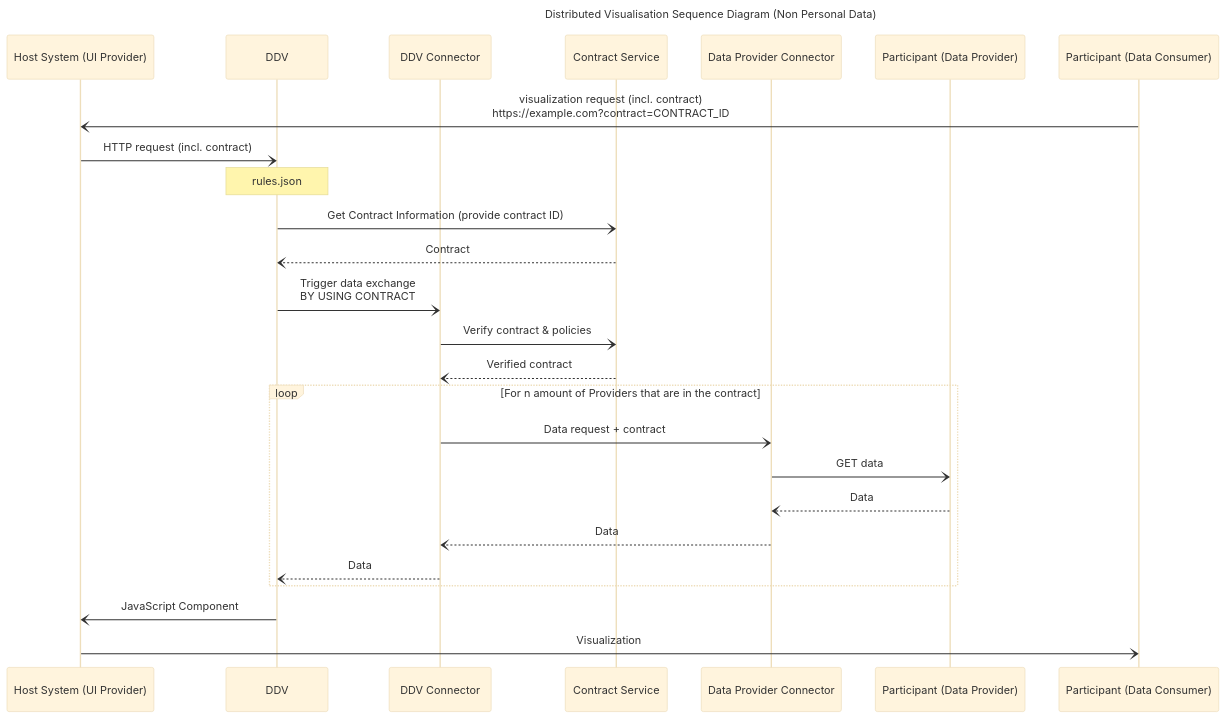
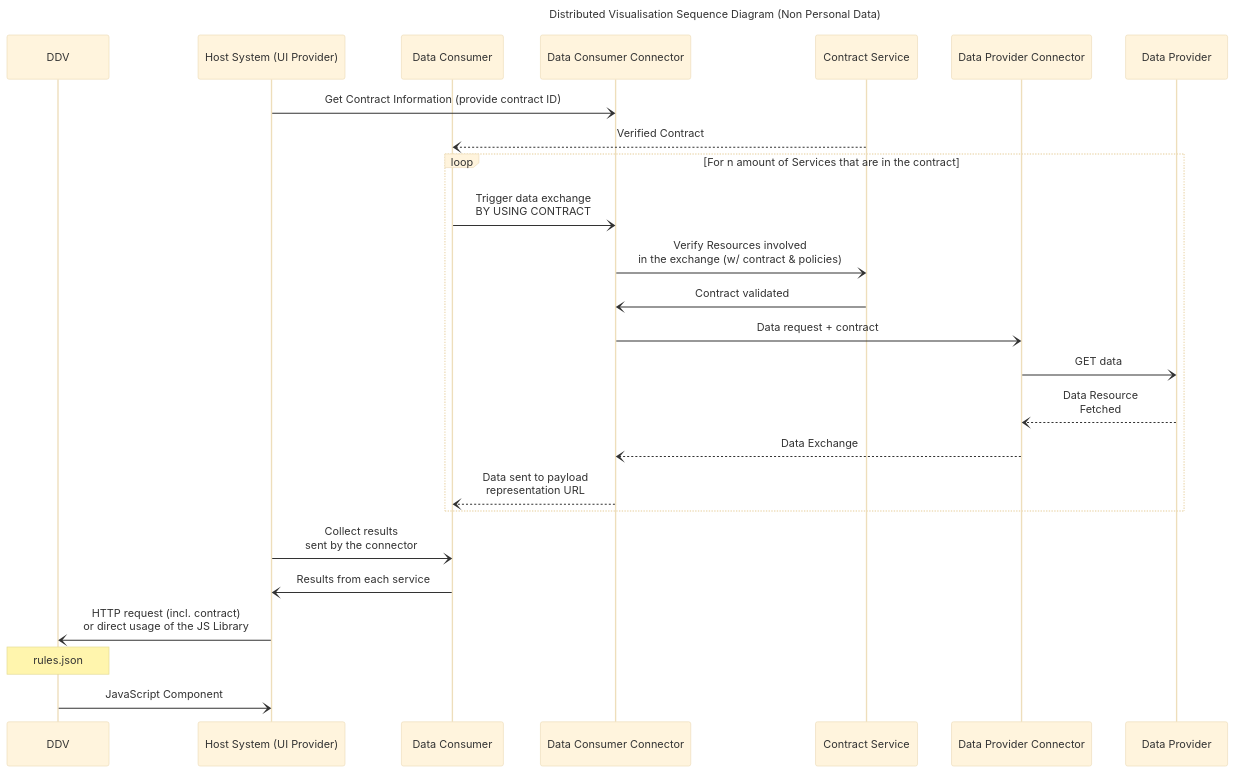
Before and after one commit to azapat/distributed-datavis: the second of 3 diagrams in docs/design-document.md, drawn with Mermaid (base theme). The commit also changed other lines of this file and 15 other files, not shown here.

````diff
--- a/docs/design-document.md
+++ b/docs/design-document.md
@@ -307,34 +248,36 @@
 ```mermaid
 ---
 title: Distributed Visualisation Sequence Diagram (Non Personal Data)
 ---
 
 sequenceDiagram
+    participant ddv as DDV
     participant host as Host System (UI Provider)
-    participant ddv as DDV
-    participant ddvcon as DDV Connector
+    participant dc as Data Consumer
+    participant dccon as Data Consumer Connector
     participant con as Contract Service
     participant dpcon as Data Provider Connector
-    participant dp as Participant (Data Provider)
-    participant dc as Participant (Data Consumer)
+    participant dp as Data Provider
+    
+    host -) dccon: Get Contract Information (provide contract ID)
+    con --) dc: Verified Contract
 
-    dc -) host: visualization request (incl. contract) <br> https://example.com?contract=CONTRACT_ID
-    host -) ddv: HTTP request (incl. contract)
-    Note over ddv: rules.json
-    ddv -) con: Get Contract Information (provide contract ID)
-    con --) ddv: Contract
-    ddv -) ddvcon: Trigger data exchange<br>BY USING CONTRACT
-    ddvcon -) con: Verify contract & policies
-    con --) ddvcon: Verified contract
 
-    loop For n amount of Providers that are in the contract
-    ddvcon -) dpcon: Data request + contract
+    loop For n amount of Services that are in the contract
+    dc -) dccon: Trigger data exchange<br>BY USING CONTRACT
+    dccon -) con: Verify Resources involved <br> in the exchange  (w/ contract & policies)
+    con -) dccon : Contract validated
+    dccon -) dpcon: Data request + contract
     dpcon -) dp: GET data
-    dp --) dpcon: Data
-    dpcon --) ddvcon: Data
-    ddvcon --) ddv: Data
+    dp --) dpcon: Data Resource <br> Fetched
+    dpcon --) dccon: Data Exchange
+    dccon --) dc: Data sent to payload <br> representation URL
+
     end
 
+    host -) dc: Collect results <br> sent by the connector
+    dc -) host: Results from each service
+    host -) ddv: HTTP request (incl. contract) <br> or direct usage of the JS Library
+    Note over ddv: rules.json
     ddv -)  host: JavaScript Component
-    host -)  dc: Visualization
 ```
````
